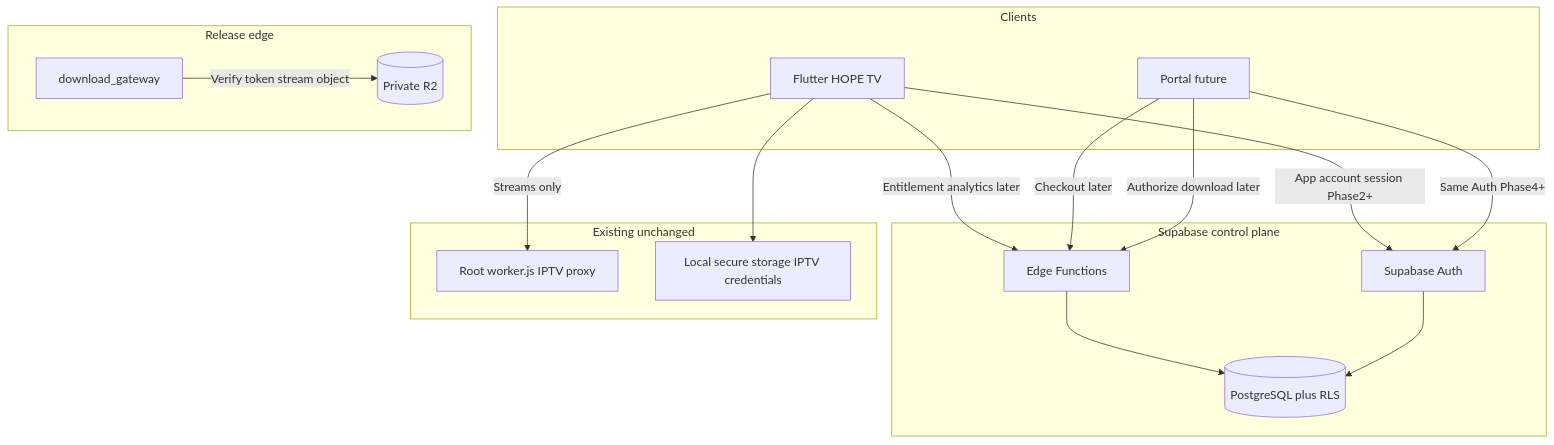
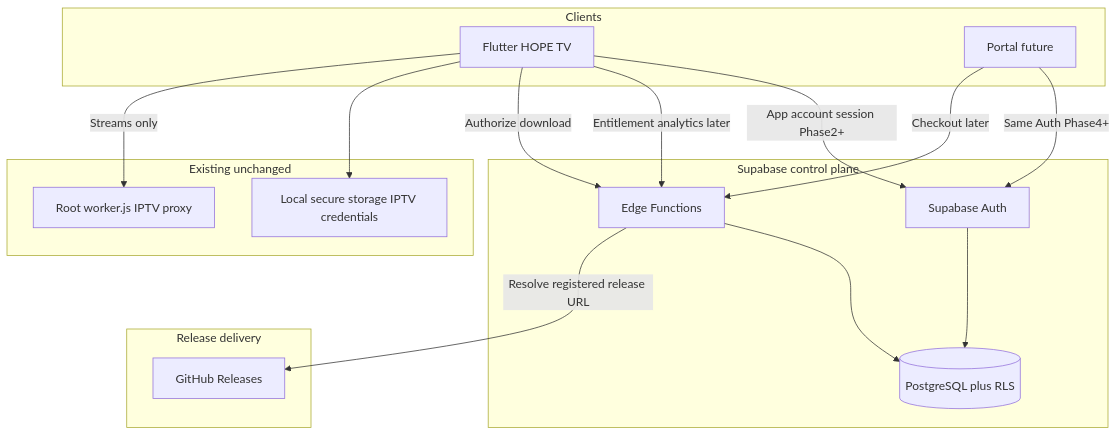
One commit to mostafaazab30798/iptv changed the diagram in docs/commercial/THREAT_MODEL.md. Above: the diagram before and after it, drawn with Mermaid. The commit also changed other lines of this file and 75 other files, not shown here.

````diff
--- a/docs/commercial/THREAT_MODEL.md
+++ b/docs/commercial/THREAT_MODEL.md
@@ -5,30 +5,29 @@
 ```mermaid
 flowchart TB
   subgraph clients [Clients]
     Flutter[Flutter HOPE TV]
     Portal[Portal future]
   end
   subgraph control [Supabase control plane]
     Auth[Supabase Auth]
     PG[(PostgreSQL plus RLS)]
     EF[Edge Functions]
   end
-  subgraph edge [Release edge]
-    DL[download_gateway]
-    R2[(Private R2)]
+  subgraph releases [Release delivery]
+    GH[GitHub Releases]
   end
   subgraph existing [Existing unchanged]
     IPTV[Root worker.js IPTV proxy]
     LocalCreds[Local secure storage IPTV credentials]
   end
   Flutter -->|App account session Phase2+| Auth
   Portal -->|Same Auth Phase4+| Auth
   Flutter -->|Entitlement analytics later| EF
   Portal -->|Checkout later| EF
   EF --> PG
   Auth --> PG
-  Portal -->|Authorize download later| EF
-  DL -->|Verify token stream object| R2
+  Flutter -->|Authorize download| EF
+  EF -->|Resolve registered release URL| GH
   Flutter --> LocalCreds
   Flutter -->|Streams only| IPTV
 ```
````
